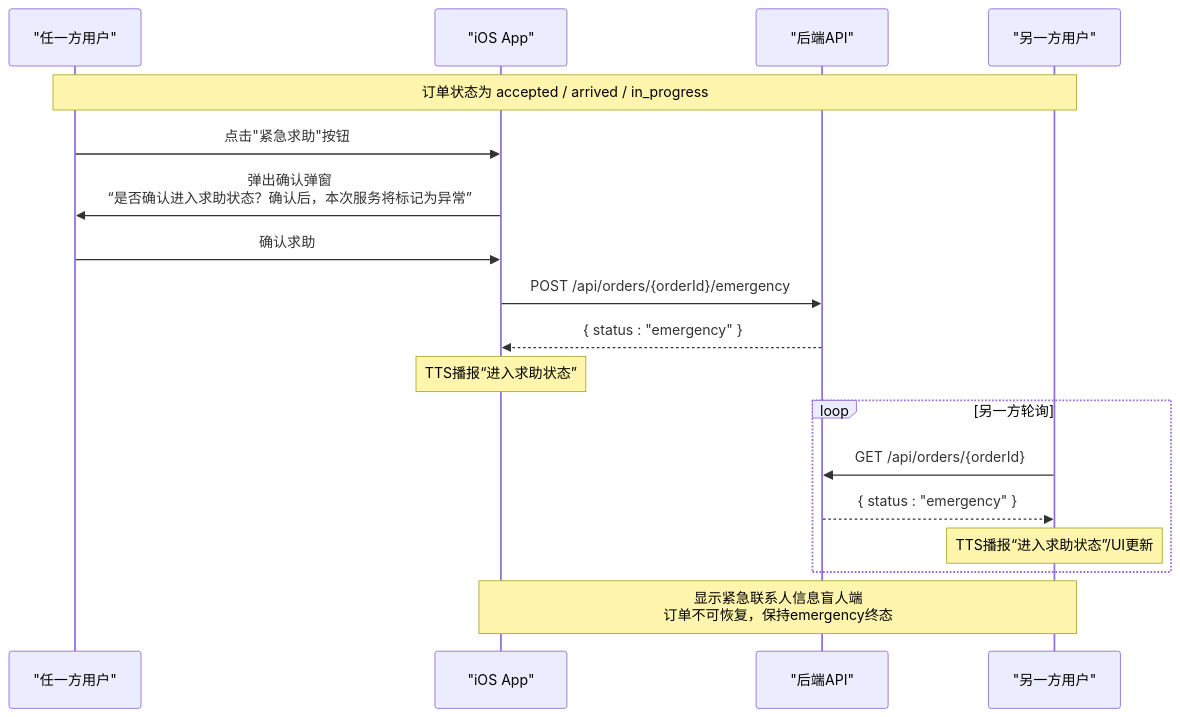
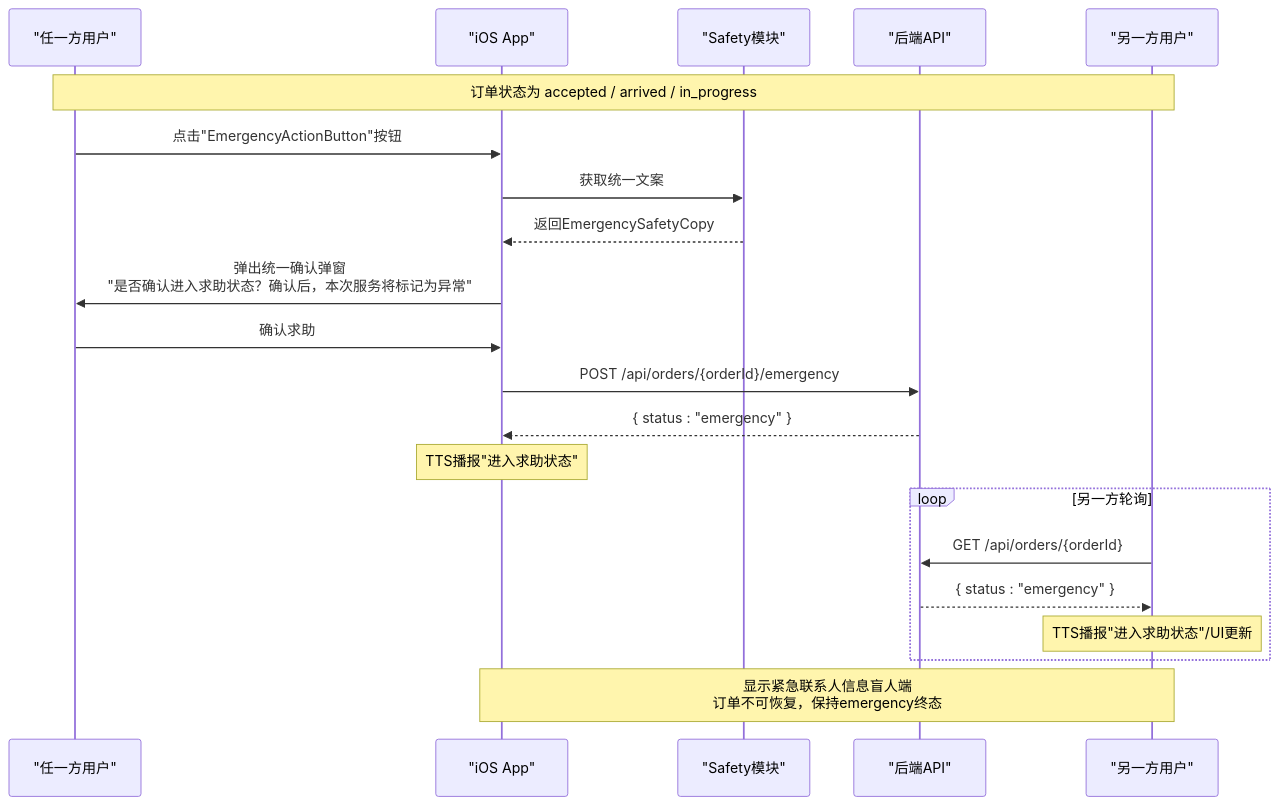
The second of 7 diagrams in .qoder/repowiki/zh/content/核心功能模块/盲人跑者功能/紧急求助功能.md (Jayden23018/blind-run-ios), drawn with Mermaid before and after one commit. The commit also changed other lines of this file and 11 other files, not shown here.

````diff
--- a/.qoder/repowiki/zh/content/核心功能模块/盲人跑者功能/紧急求助功能.md
+++ b/.qoder/repowiki/zh/content/核心功能模块/盲人跑者功能/紧急求助功能.md
@@ -77,20 +104,23 @@
 ```mermaid
 sequenceDiagram
 participant User as "任一方用户"
 participant App as "iOS App"
+participant Safety as "Safety模块"
 participant API as "后端API"
 participant Other as "另一方用户"
 Note over User,Other : 订单状态为 accepted / arrived / in_progress
-User->>App : 点击"紧急求助"按钮
-App->>User : 弹出确认弹窗<br/>“是否确认进入求助状态？确认后，本次服务将标记为异常”
+User->>App : 点击"EmergencyActionButton"按钮
+App->>Safety : 获取统一文案
+Safety-->>App : 返回EmergencySafetyCopy
+App->>User : 弹出统一确认弹窗<br/>"是否确认进入求助状态？确认后，本次服务将标记为异常"
 User->>App : 确认求助
 App->>API : POST /api/orders/{orderId}/emergency
 API-->>App : { status : "emergency" }
-Note over App : TTS播报“进入求助状态”
+Note over App : TTS播报"进入求助状态"
 loop 另一方轮询
 Other->>API : GET /api/orders/{orderId}
 API-->>Other : { status : "emergency" }
-Note over Other : TTS播报“进入求助状态”/UI更新
+Note over Other : TTS播报"进入求助状态"/UI更新
 end
 Note over App,Other : 显示紧急联系人信息盲人端<br/>订单不可恢复，保持emergency终态
 ```
````
